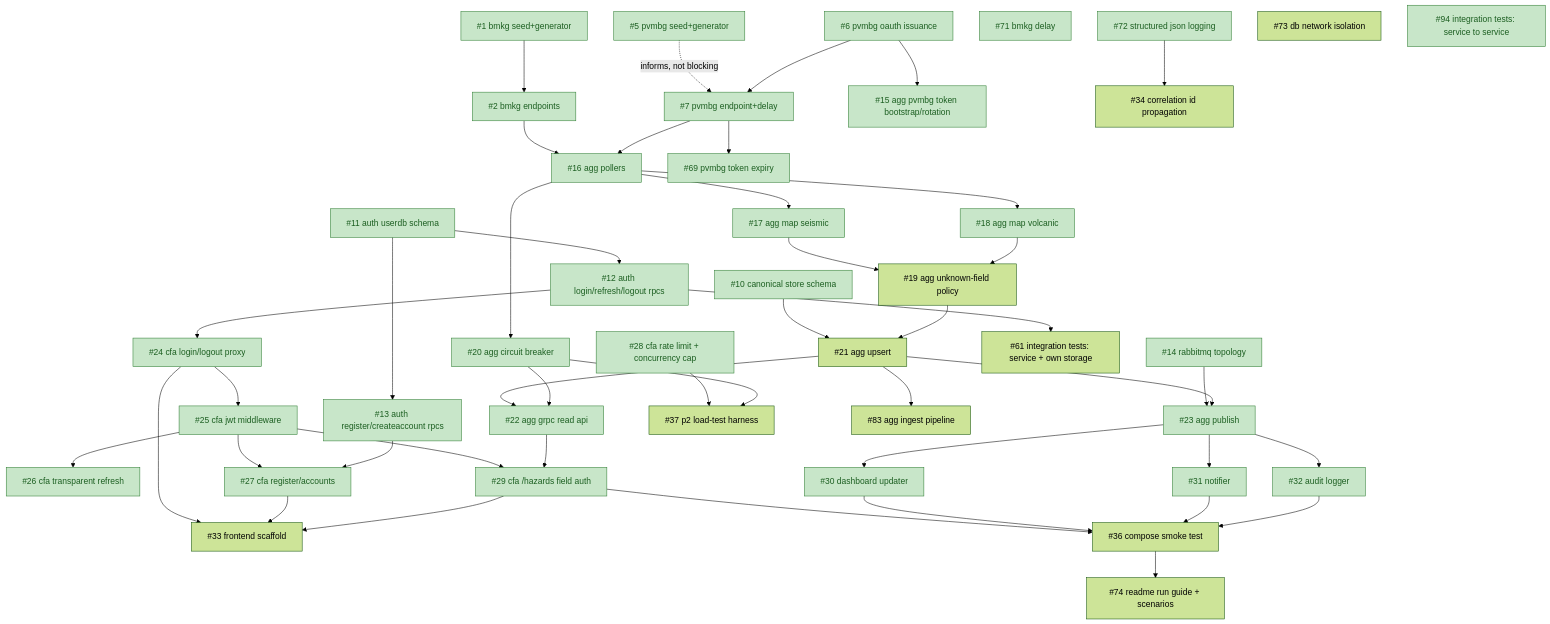
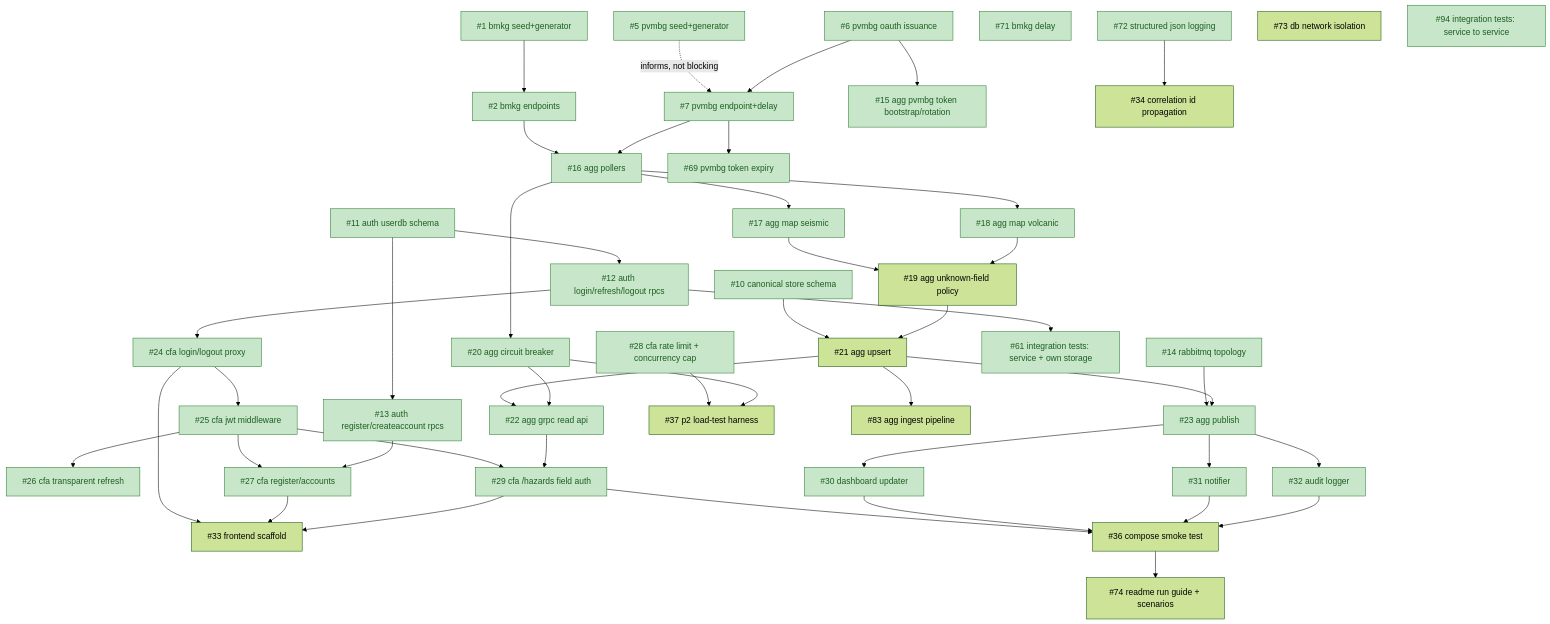
The diagram in doc/BACKLOG_DEPENDENCIES.md (brii26/distributed-hazard-coordination), drawn with Mermaid (forest theme) before and after one commit. The commit also changed other lines of this file and 3 other files, not shown here.

````diff
--- a/doc/BACKLOG_DEPENDENCIES.md
+++ b/doc/BACKLOG_DEPENDENCIES.md
@@ -23,63 +22,63 @@
 ```mermaid
 graph TD
   1["#1 bmkg seed+generator"] --> 2["#2 bmkg endpoints"]
   5["#5 pvmbg seed+generator"] -.->|informs, not blocking| 7
 
   6["#6 pvmbg oauth issuance"] --> 15["#15 agg pvmbg token bootstrap/rotation"]
   6 --> 7["#7 pvmbg endpoint+delay"]
   7 --> 69["#69 pvmbg token expiry"]
 
   2 --> 16["#16 agg pollers"]
   7 --> 16
   16 --> 17["#17 agg map seismic"]
   16 --> 18["#18 agg map volcanic"]
   16 --> 20["#20 agg circuit breaker"]
   17 --> 19["#19 agg unknown-field policy"]
   18 --> 19
 
   10["#10 canonical store schema"] --> 21["#21 agg upsert"]
   19 --> 21
   21 --> 22["#22 agg grpc read api"]
   20 --> 22
 
   14["#14 rabbitmq topology"] --> 23["#23 agg publish"]
   21 --> 23
   21 --> 83["#83 agg ingest pipeline"]
 
   11["#11 auth userdb schema"] --> 12["#12 auth login/refresh/logout rpcs"]
   11 --> 13["#13 auth register/createaccount rpcs"]
 
   12 --> 24["#24 cfa login/logout proxy"]
   12 --> 61["#61 integration tests: service + own storage"]
   24 --> 25["#25 cfa jwt middleware"]
   25 --> 26["#26 cfa transparent refresh"]
   25 --> 27["#27 cfa register/accounts"]
   13 --> 27
   25 --> 29["#29 cfa /hazards field auth"]
   22 --> 29
 
   23 --> 30["#30 dashboard updater"]
   23 --> 31["#31 notifier"]
   23 --> 32["#32 audit logger"]
 
   24 --> 33["#33 frontend scaffold"]
   27 --> 33
   29 --> 33
 
   29 --> 36["#36 compose smoke test"]
   30 --> 36
   31 --> 36
   32 --> 36
 
   28["#28 cfa rate limit + concurrency cap"] --> 37["#37 p2 load-test harness"]
   20 --> 37
 
   72["#72 structured json logging"] --> 34["#34 correlation id propagation"]
   36 --> 74["#74 readme run guide + scenarios"]
   71["#71 bmkg delay"]
   73["#73 db network isolation"]
   94["#94 integration tests: service to service"]
 
   classDef done fill:#c8e6c9,stroke:#2e7d32,color:#1b5e20
-  class 1,2,5,6,7,10,11,12,13,14,15,16,17,18,20,22,23,24,25,26,27,28,29,30,31,32,69,71,72,94 done
+  class 1,2,5,6,7,10,11,12,13,14,15,16,17,18,20,22,23,24,25,26,27,28,29,30,31,32,61,69,71,72,94 done
 ```
````
